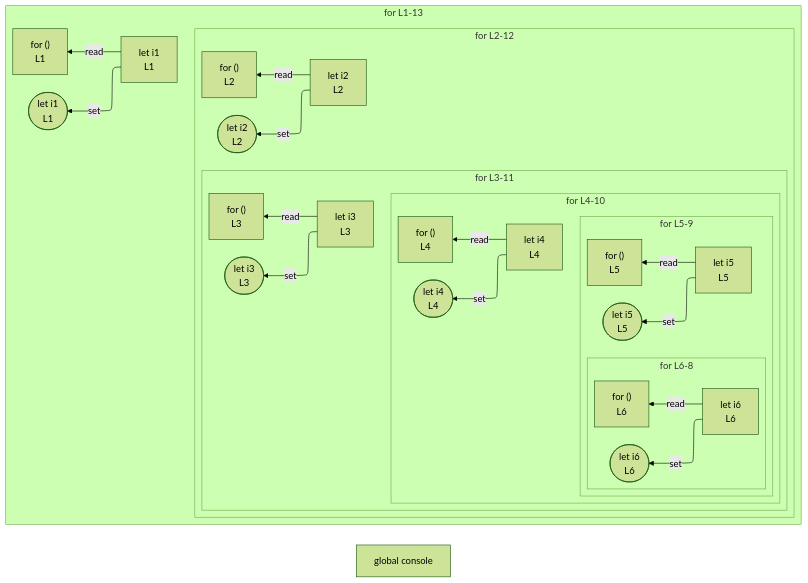
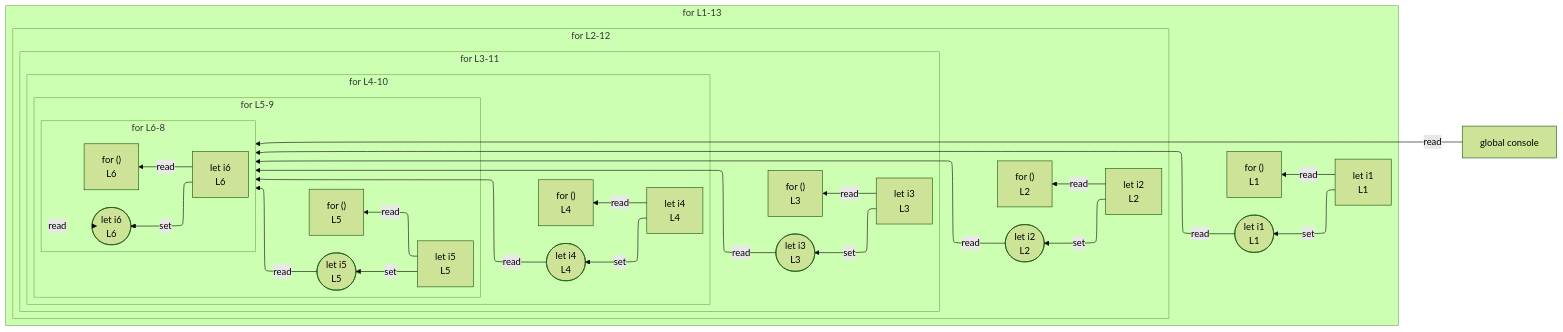
One commit to crescware/unsnarl changed the diagram in integration/fixtures/app-behavior/depth/for/depth-5/preview.md. Above: the diagram before and after it, drawn with Mermaid (forest theme). The commit also changed 63 other files, not shown here.

````diff
--- a/integration/fixtures/app-behavior/depth/for/depth-5/preview.md
+++ b/integration/fixtures/app-behavior/depth/for/depth-5/preview.md
@@ -23,53 +23,60 @@
 ```mermaid
 %%{init: {"flowchart": {"defaultRenderer": "elk"}}}%%
 flowchart RL
   n_scope_0_console_240["global console"]
   subgraph s_scope_1["for L1-13"]
     direction RL
     for_test_scope_0_0["for ()<br/>L1"]
     n_scope_1_i1_9["let i1<br/>L1"]
     wr_ref_2(["let i1<br/>L1"])
     subgraph s_scope_3["for L2-12"]
       direction RL
       for_test_scope_2_35["for ()<br/>L2"]
       n_scope_3_i2_44["let i2<br/>L2"]
       wr_ref_5(["let i2<br/>L2"])
       subgraph s_scope_5["for L3-11"]
         direction RL
         for_test_scope_4_72["for ()<br/>L3"]
         n_scope_5_i3_81["let i3<br/>L3"]
         wr_ref_8(["let i3<br/>L3"])
         subgraph s_scope_7["for L4-10"]
           direction RL
           for_test_scope_6_111["for ()<br/>L4"]
           n_scope_7_i4_120["let i4<br/>L4"]
           wr_ref_11(["let i4<br/>L4"])
           subgraph s_scope_9["for L5-9"]
             direction RL
             for_test_scope_8_152["for ()<br/>L5"]
             n_scope_9_i5_161["let i5<br/>L5"]
             wr_ref_14(["let i5<br/>L5"])
             subgraph s_scope_11["for L6-8"]
               direction RL
               for_test_scope_10_195["for ()<br/>L6"]
               n_scope_11_i6_204["let i6<br/>L6"]
               wr_ref_17(["let i6<br/>L6"])
             end
           end
         end
       end
     end
   end
   n_scope_1_i1_9 -->|set| wr_ref_2
   n_scope_3_i2_44 -->|set| wr_ref_5
   n_scope_5_i3_81 -->|set| wr_ref_8
   n_scope_7_i4_120 -->|set| wr_ref_11
   n_scope_9_i5_161 -->|set| wr_ref_14
   n_scope_11_i6_204 -->|set| wr_ref_17
   n_scope_1_i1_9 -->|read| for_test_scope_0_0
   n_scope_3_i2_44 -->|read| for_test_scope_2_35
   n_scope_5_i3_81 -->|read| for_test_scope_4_72
   n_scope_7_i4_120 -->|read| for_test_scope_6_111
   n_scope_9_i5_161 -->|read| for_test_scope_8_152
   n_scope_11_i6_204 -->|read| for_test_scope_10_195
+  n_scope_0_console_240 -->|read| s_scope_11
+  wr_ref_2 -->|read| s_scope_11
+  wr_ref_5 -->|read| s_scope_11
+  wr_ref_8 -->|read| s_scope_11
+  wr_ref_11 -->|read| s_scope_11
+  wr_ref_14 -->|read| s_scope_11
+  wr_ref_17 -->|read| s_scope_11
 ```
````
